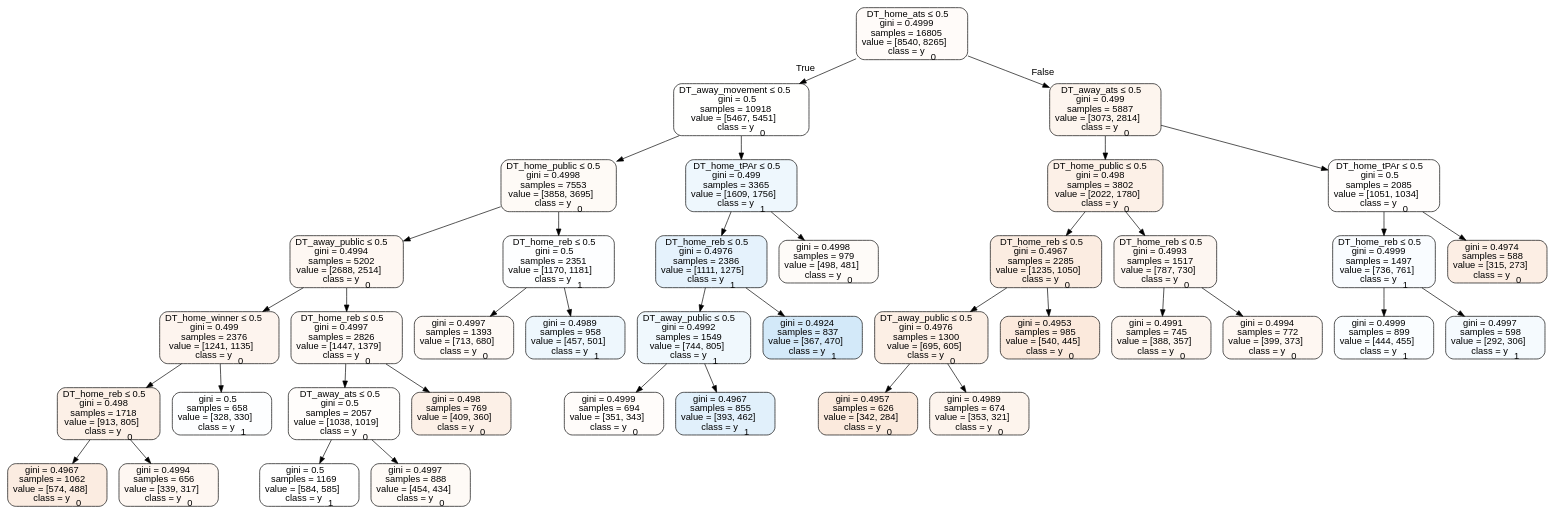
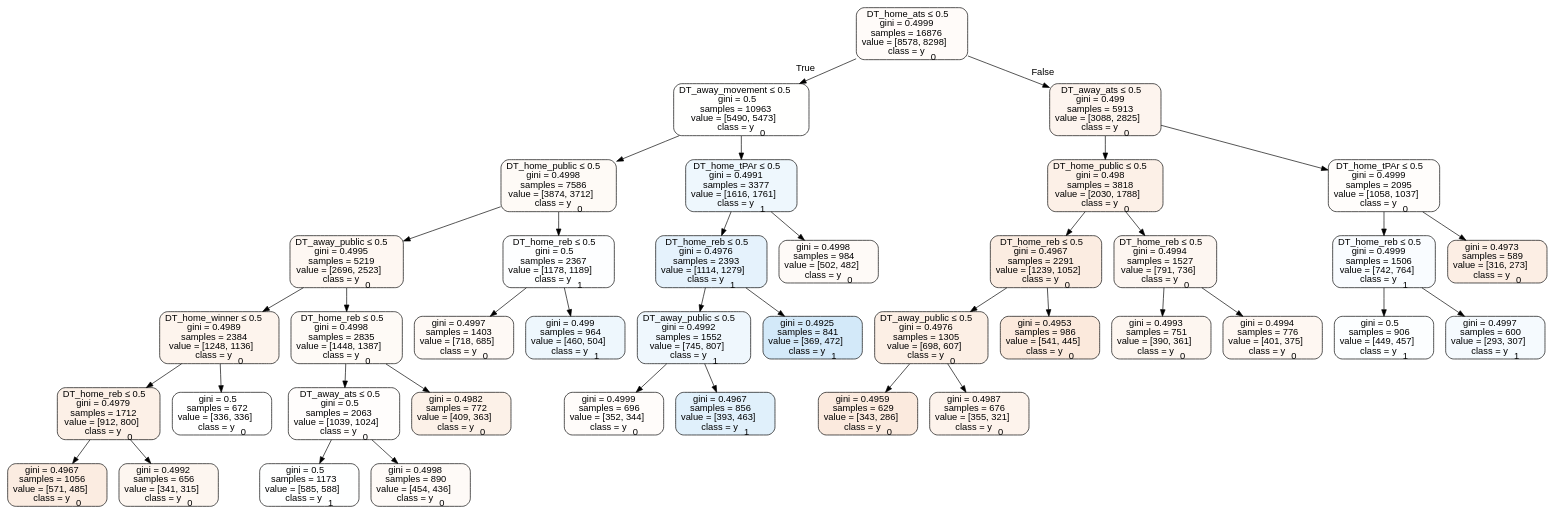
One commit to usbogie/ncaa-bets changed the diagram in tree_data/treehome.dot. Above: the diagram before and after it, drawn with Graphviz. The commit also changed 27 other files, not shown here.

```diff
--- a/tree_data/treehome.dot
+++ b/tree_data/treehome.dot
@@ -1,81 +1,81 @@
 digraph Tree {
 node [shape=box, style="filled, rounded", color="black", fontname=helvetica] ;
 edge [fontname=helvetica] ;
-0 [label=<DT_home_ats &le; 0.5<br/>gini = 0.4999<br/>samples = 16805<br/>value = [8540, 8265]<br/>class = y<SUB>0</SUB>>, fillcolor="#e5813908"] ;
-1 [label=<DT_away_movement &le; 0.5<br/>gini = 0.5<br/>samples = 10918<br/>value = [5467, 5451]<br/>class = y<SUB>0</SUB>>, fillcolor="#e5813901"] ;
+0 [label=<DT_home_ats &le; 0.5<br/>gini = 0.4999<br/>samples = 16876<br/>value = [8578, 8298]<br/>class = y<SUB>0</SUB>>, fillcolor="#e5813908"] ;
+1 [label=<DT_away_movement &le; 0.5<br/>gini = 0.5<br/>samples = 10963<br/>value = [5490, 5473]<br/>class = y<SUB>0</SUB>>, fillcolor="#e5813901"] ;
 0 -> 1 [labeldistance=2.5, labelangle=45, headlabel="True"] ;
-2 [label=<DT_home_public &le; 0.5<br/>gini = 0.4998<br/>samples = 7553<br/>value = [3858, 3695]<br/>class = y<SUB>0</SUB>>, fillcolor="#e581390b"] ;
+2 [label=<DT_home_public &le; 0.5<br/>gini = 0.4998<br/>samples = 7586<br/>value = [3874, 3712]<br/>class = y<SUB>0</SUB>>, fillcolor="#e581390b"] ;
 1 -> 2 ;
-3 [label=<DT_away_public &le; 0.5<br/>gini = 0.4994<br/>samples = 5202<br/>value = [2688, 2514]<br/>class = y<SUB>0</SUB>>, fillcolor="#e5813911"] ;
+3 [label=<DT_away_public &le; 0.5<br/>gini = 0.4995<br/>samples = 5219<br/>value = [2696, 2523]<br/>class = y<SUB>0</SUB>>, fillcolor="#e5813910"] ;
 2 -> 3 ;
-4 [label=<DT_home_winner &le; 0.5<br/>gini = 0.499<br/>samples = 2376<br/>value = [1241, 1135]<br/>class = y<SUB>0</SUB>>, fillcolor="#e5813916"] ;
+4 [label=<DT_home_winner &le; 0.5<br/>gini = 0.4989<br/>samples = 2384<br/>value = [1248, 1136]<br/>class = y<SUB>0</SUB>>, fillcolor="#e5813917"] ;
 3 -> 4 ;
-5 [label=<DT_home_reb &le; 0.5<br/>gini = 0.498<br/>samples = 1718<br/>value = [913, 805]<br/>class = y<SUB>0</SUB>>, fillcolor="#e581391e"] ;
+5 [label=<DT_home_reb &le; 0.5<br/>gini = 0.4979<br/>samples = 1712<br/>value = [912, 800]<br/>class = y<SUB>0</SUB>>, fillcolor="#e581391f"] ;
 4 -> 5 ;
-6 [label=<gini = 0.4967<br/>samples = 1062<br/>value = [574, 488]<br/>class = y<SUB>0</SUB>>, fillcolor="#e5813926"] ;
+6 [label=<gini = 0.4967<br/>samples = 1056<br/>value = [571, 485]<br/>class = y<SUB>0</SUB>>, fillcolor="#e5813926"] ;
 5 -> 6 ;
-7 [label=<gini = 0.4994<br/>samples = 656<br/>value = [339, 317]<br/>class = y<SUB>0</SUB>>, fillcolor="#e5813911"] ;
+7 [label=<gini = 0.4992<br/>samples = 656<br/>value = [341, 315]<br/>class = y<SUB>0</SUB>>, fillcolor="#e5813913"] ;
 5 -> 7 ;
-8 [label=<gini = 0.5<br/>samples = 658<br/>value = [328, 330]<br/>class = y<SUB>1</SUB>>, fillcolor="#399de502"] ;
+8 [label=<gini = 0.5<br/>samples = 672<br/>value = [336, 336]<br/>class = y<SUB>0</SUB>>, fillcolor="#e5813900"] ;
 4 -> 8 ;
-9 [label=<DT_home_reb &le; 0.5<br/>gini = 0.4997<br/>samples = 2826<br/>value = [1447, 1379]<br/>class = y<SUB>0</SUB>>, fillcolor="#e581390c"] ;
+9 [label=<DT_home_reb &le; 0.5<br/>gini = 0.4998<br/>samples = 2835<br/>value = [1448, 1387]<br/>class = y<SUB>0</SUB>>, fillcolor="#e581390b"] ;
 3 -> 9 ;
-10 [label=<DT_away_ats &le; 0.5<br/>gini = 0.5<br/>samples = 2057<br/>value = [1038, 1019]<br/>class = y<SUB>0</SUB>>, fillcolor="#e5813905"] ;
+10 [label=<DT_away_ats &le; 0.5<br/>gini = 0.5<br/>samples = 2063<br/>value = [1039, 1024]<br/>class = y<SUB>0</SUB>>, fillcolor="#e5813904"] ;
 9 -> 10 ;
-11 [label=<gini = 0.5<br/>samples = 1169<br/>value = [584, 585]<br/>class = y<SUB>1</SUB>>, fillcolor="#399de500"] ;
+11 [label=<gini = 0.5<br/>samples = 1173<br/>value = [585, 588]<br/>class = y<SUB>1</SUB>>, fillcolor="#399de501"] ;
 10 -> 11 ;
-12 [label=<gini = 0.4997<br/>samples = 888<br/>value = [454, 434]<br/>class = y<SUB>0</SUB>>, fillcolor="#e581390b"] ;
+12 [label=<gini = 0.4998<br/>samples = 890<br/>value = [454, 436]<br/>class = y<SUB>0</SUB>>, fillcolor="#e581390a"] ;
 10 -> 12 ;
-13 [label=<gini = 0.498<br/>samples = 769<br/>value = [409, 360]<br/>class = y<SUB>0</SUB>>, fillcolor="#e581391f"] ;
+13 [label=<gini = 0.4982<br/>samples = 772<br/>value = [409, 363]<br/>class = y<SUB>0</SUB>>, fillcolor="#e581391d"] ;
 9 -> 13 ;
-14 [label=<DT_home_reb &le; 0.5<br/>gini = 0.5<br/>samples = 2351<br/>value = [1170, 1181]<br/>class = y<SUB>1</SUB>>, fillcolor="#399de502"] ;
+14 [label=<DT_home_reb &le; 0.5<br/>gini = 0.5<br/>samples = 2367<br/>value = [1178, 1189]<br/>class = y<SUB>1</SUB>>, fillcolor="#399de502"] ;
 2 -> 14 ;
-15 [label=<gini = 0.4997<br/>samples = 1393<br/>value = [713, 680]<br/>class = y<SUB>0</SUB>>, fillcolor="#e581390c"] ;
+15 [label=<gini = 0.4997<br/>samples = 1403<br/>value = [718, 685]<br/>class = y<SUB>0</SUB>>, fillcolor="#e581390c"] ;
 14 -> 15 ;
-16 [label=<gini = 0.4989<br/>samples = 958<br/>value = [457, 501]<br/>class = y<SUB>1</SUB>>, fillcolor="#399de516"] ;
+16 [label=<gini = 0.499<br/>samples = 964<br/>value = [460, 504]<br/>class = y<SUB>1</SUB>>, fillcolor="#399de516"] ;
 14 -> 16 ;
-17 [label=<DT_home_tPAr &le; 0.5<br/>gini = 0.499<br/>samples = 3365<br/>value = [1609, 1756]<br/>class = y<SUB>1</SUB>>, fillcolor="#399de515"] ;
+17 [label=<DT_home_tPAr &le; 0.5<br/>gini = 0.4991<br/>samples = 3377<br/>value = [1616, 1761]<br/>class = y<SUB>1</SUB>>, fillcolor="#399de515"] ;
 1 -> 17 ;
-18 [label=<DT_home_reb &le; 0.5<br/>gini = 0.4976<br/>samples = 2386<br/>value = [1111, 1275]<br/>class = y<SUB>1</SUB>>, fillcolor="#399de521"] ;
+18 [label=<DT_home_reb &le; 0.5<br/>gini = 0.4976<br/>samples = 2393<br/>value = [1114, 1279]<br/>class = y<SUB>1</SUB>>, fillcolor="#399de521"] ;
 17 -> 18 ;
-19 [label=<DT_away_public &le; 0.5<br/>gini = 0.4992<br/>samples = 1549<br/>value = [744, 805]<br/>class = y<SUB>1</SUB>>, fillcolor="#399de513"] ;
+19 [label=<DT_away_public &le; 0.5<br/>gini = 0.4992<br/>samples = 1552<br/>value = [745, 807]<br/>class = y<SUB>1</SUB>>, fillcolor="#399de514"] ;
 18 -> 19 ;
-20 [label=<gini = 0.4999<br/>samples = 694<br/>value = [351, 343]<br/>class = y<SUB>0</SUB>>, fillcolor="#e5813906"] ;
+20 [label=<gini = 0.4999<br/>samples = 696<br/>value = [352, 344]<br/>class = y<SUB>0</SUB>>, fillcolor="#e5813906"] ;
 19 -> 20 ;
-21 [label=<gini = 0.4967<br/>samples = 855<br/>value = [393, 462]<br/>class = y<SUB>1</SUB>>, fillcolor="#399de526"] ;
+21 [label=<gini = 0.4967<br/>samples = 856<br/>value = [393, 463]<br/>class = y<SUB>1</SUB>>, fillcolor="#399de527"] ;
 19 -> 21 ;
-22 [label=<gini = 0.4924<br/>samples = 837<br/>value = [367, 470]<br/>class = y<SUB>1</SUB>>, fillcolor="#399de538"] ;
+22 [label=<gini = 0.4925<br/>samples = 841<br/>value = [369, 472]<br/>class = y<SUB>1</SUB>>, fillcolor="#399de538"] ;
 18 -> 22 ;
-23 [label=<gini = 0.4998<br/>samples = 979<br/>value = [498, 481]<br/>class = y<SUB>0</SUB>>, fillcolor="#e5813909"] ;
+23 [label=<gini = 0.4998<br/>samples = 984<br/>value = [502, 482]<br/>class = y<SUB>0</SUB>>, fillcolor="#e581390a"] ;
 17 -> 23 ;
-24 [label=<DT_away_ats &le; 0.5<br/>gini = 0.499<br/>samples = 5887<br/>value = [3073, 2814]<br/>class = y<SUB>0</SUB>>, fillcolor="#e5813915"] ;
+24 [label=<DT_away_ats &le; 0.5<br/>gini = 0.499<br/>samples = 5913<br/>value = [3088, 2825]<br/>class = y<SUB>0</SUB>>, fillcolor="#e5813916"] ;
 0 -> 24 [labeldistance=2.5, labelangle=-45, headlabel="False"] ;
-25 [label=<DT_home_public &le; 0.5<br/>gini = 0.498<br/>samples = 3802<br/>value = [2022, 1780]<br/>class = y<SUB>0</SUB>>, fillcolor="#e581391f"] ;
+25 [label=<DT_home_public &le; 0.5<br/>gini = 0.498<br/>samples = 3818<br/>value = [2030, 1788]<br/>class = y<SUB>0</SUB>>, fillcolor="#e581391e"] ;
 24 -> 25 ;
-26 [label=<DT_home_reb &le; 0.5<br/>gini = 0.4967<br/>samples = 2285<br/>value = [1235, 1050]<br/>class = y<SUB>0</SUB>>, fillcolor="#e5813926"] ;
+26 [label=<DT_home_reb &le; 0.5<br/>gini = 0.4967<br/>samples = 2291<br/>value = [1239, 1052]<br/>class = y<SUB>0</SUB>>, fillcolor="#e5813926"] ;
 25 -> 26 ;
-27 [label=<DT_away_public &le; 0.5<br/>gini = 0.4976<br/>samples = 1300<br/>value = [695, 605]<br/>class = y<SUB>0</SUB>>, fillcolor="#e5813921"] ;
+27 [label=<DT_away_public &le; 0.5<br/>gini = 0.4976<br/>samples = 1305<br/>value = [698, 607]<br/>class = y<SUB>0</SUB>>, fillcolor="#e5813921"] ;
 26 -> 27 ;
-28 [label=<gini = 0.4957<br/>samples = 626<br/>value = [342, 284]<br/>class = y<SUB>0</SUB>>, fillcolor="#e581392b"] ;
+28 [label=<gini = 0.4959<br/>samples = 629<br/>value = [343, 286]<br/>class = y<SUB>0</SUB>>, fillcolor="#e581392a"] ;
 27 -> 28 ;
-29 [label=<gini = 0.4989<br/>samples = 674<br/>value = [353, 321]<br/>class = y<SUB>0</SUB>>, fillcolor="#e5813917"] ;
+29 [label=<gini = 0.4987<br/>samples = 676<br/>value = [355, 321]<br/>class = y<SUB>0</SUB>>, fillcolor="#e5813918"] ;
 27 -> 29 ;
-30 [label=<gini = 0.4953<br/>samples = 985<br/>value = [540, 445]<br/>class = y<SUB>0</SUB>>, fillcolor="#e581392d"] ;
+30 [label=<gini = 0.4953<br/>samples = 986<br/>value = [541, 445]<br/>class = y<SUB>0</SUB>>, fillcolor="#e581392d"] ;
 26 -> 30 ;
-31 [label=<DT_home_reb &le; 0.5<br/>gini = 0.4993<br/>samples = 1517<br/>value = [787, 730]<br/>class = y<SUB>0</SUB>>, fillcolor="#e5813912"] ;
+31 [label=<DT_home_reb &le; 0.5<br/>gini = 0.4994<br/>samples = 1527<br/>value = [791, 736]<br/>class = y<SUB>0</SUB>>, fillcolor="#e5813912"] ;
 25 -> 31 ;
-32 [label=<gini = 0.4991<br/>samples = 745<br/>value = [388, 357]<br/>class = y<SUB>0</SUB>>, fillcolor="#e5813914"] ;
+32 [label=<gini = 0.4993<br/>samples = 751<br/>value = [390, 361]<br/>class = y<SUB>0</SUB>>, fillcolor="#e5813913"] ;
 31 -> 32 ;
-33 [label=<gini = 0.4994<br/>samples = 772<br/>value = [399, 373]<br/>class = y<SUB>0</SUB>>, fillcolor="#e5813911"] ;
+33 [label=<gini = 0.4994<br/>samples = 776<br/>value = [401, 375]<br/>class = y<SUB>0</SUB>>, fillcolor="#e5813911"] ;
 31 -> 33 ;
-34 [label=<DT_home_tPAr &le; 0.5<br/>gini = 0.5<br/>samples = 2085<br/>value = [1051, 1034]<br/>class = y<SUB>0</SUB>>, fillcolor="#e5813904"] ;
+34 [label=<DT_home_tPAr &le; 0.5<br/>gini = 0.4999<br/>samples = 2095<br/>value = [1058, 1037]<br/>class = y<SUB>0</SUB>>, fillcolor="#e5813905"] ;
 24 -> 34 ;
-35 [label=<DT_home_reb &le; 0.5<br/>gini = 0.4999<br/>samples = 1497<br/>value = [736, 761]<br/>class = y<SUB>1</SUB>>, fillcolor="#399de508"] ;
+35 [label=<DT_home_reb &le; 0.5<br/>gini = 0.4999<br/>samples = 1506<br/>value = [742, 764]<br/>class = y<SUB>1</SUB>>, fillcolor="#399de507"] ;
 34 -> 35 ;
-36 [label=<gini = 0.4999<br/>samples = 899<br/>value = [444, 455]<br/>class = y<SUB>1</SUB>>, fillcolor="#399de506"] ;
+36 [label=<gini = 0.5<br/>samples = 906<br/>value = [449, 457]<br/>class = y<SUB>1</SUB>>, fillcolor="#399de504"] ;
 35 -> 36 ;
-37 [label=<gini = 0.4997<br/>samples = 598<br/>value = [292, 306]<br/>class = y<SUB>1</SUB>>, fillcolor="#399de50c"] ;
+37 [label=<gini = 0.4997<br/>samples = 600<br/>value = [293, 307]<br/>class = y<SUB>1</SUB>>, fillcolor="#399de50c"] ;
 35 -> 37 ;
-38 [label=<gini = 0.4974<br/>samples = 588<br/>value = [315, 273]<br/>class = y<SUB>0</SUB>>, fillcolor="#e5813922"] ;
+38 [label=<gini = 0.4973<br/>samples = 589<br/>value = [316, 273]<br/>class = y<SUB>0</SUB>>, fillcolor="#e5813923"] ;
 34 -> 38 ;
 }
```
